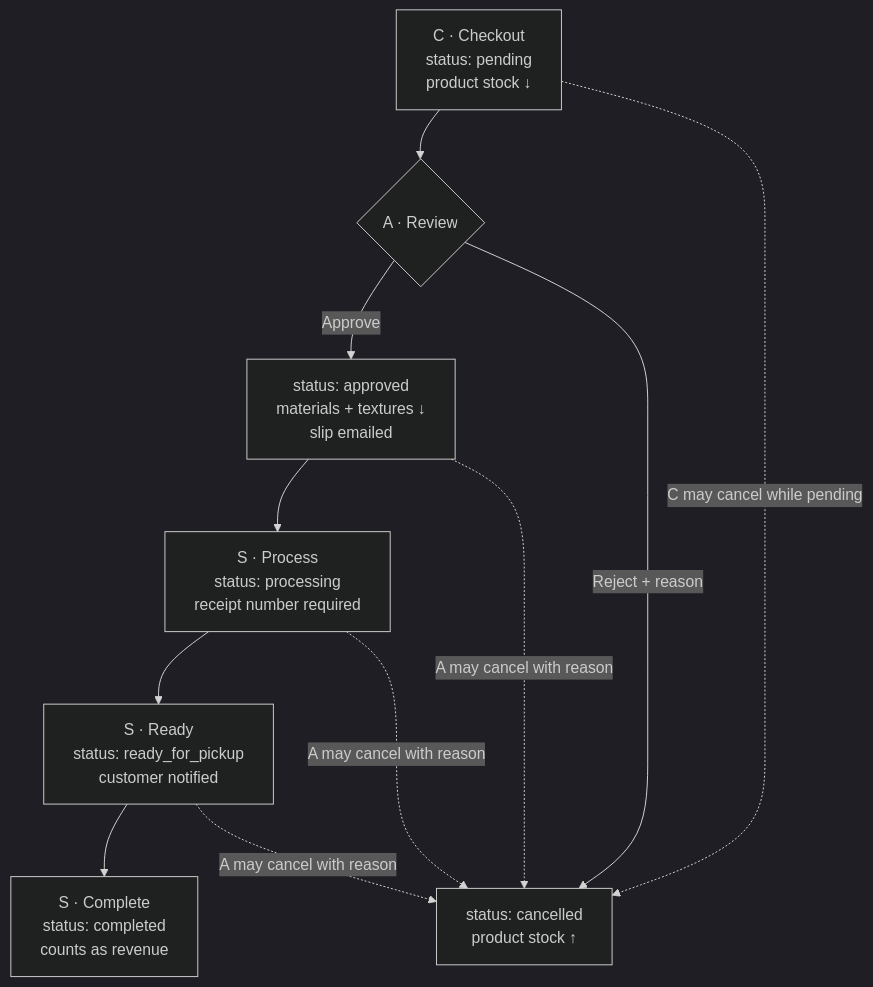
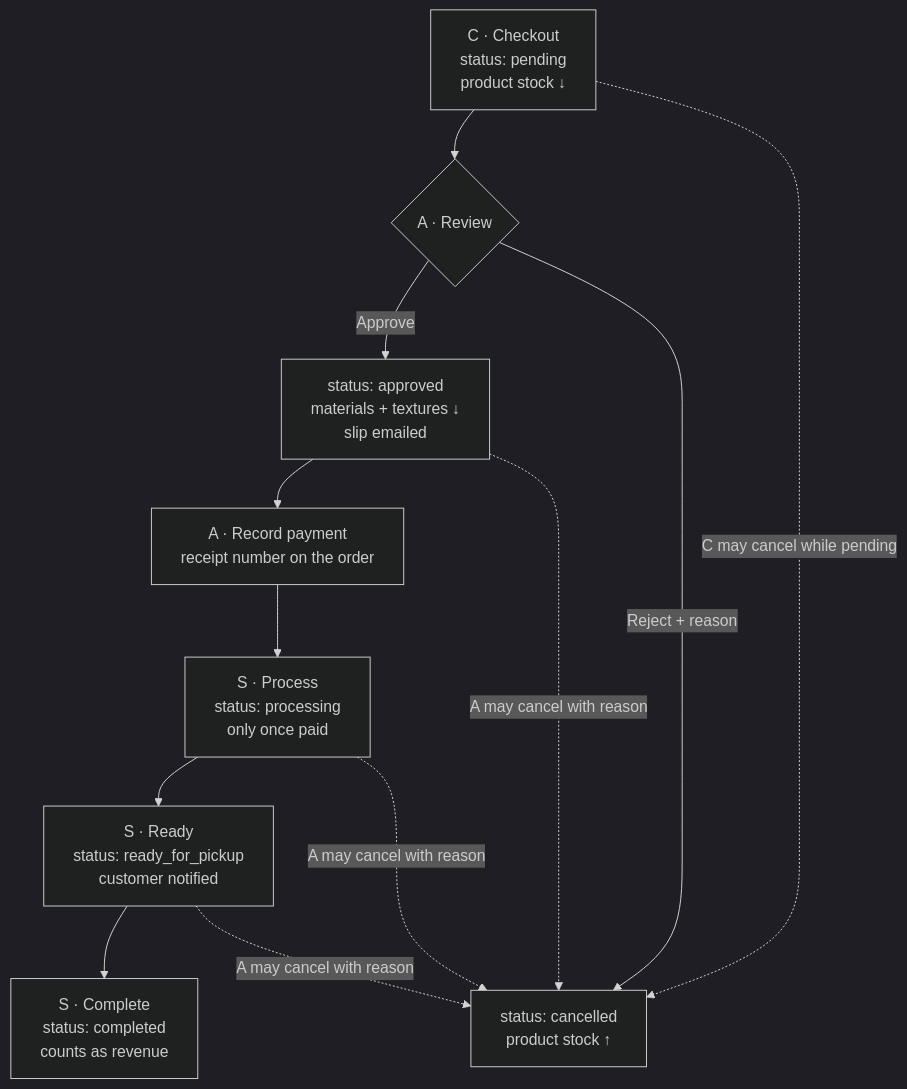
One commit to genuwin14/FabLab changed the third of 6 diagrams in backend/docs/UserGuide/SystemProcess.md. Above: the diagram before and after it, drawn with Mermaid (dark theme). The commit also changed other lines of this file and 21 other files, not shown here.

First line of the commit message:
feat(orders): the admin records the payment; staff produce only once it is paid

````diff
--- a/backend/docs/UserGuide/SystemProcess.md
+++ b/backend/docs/UserGuide/SystemProcess.md
@@ -337,13 +337,14 @@
 ```mermaid
 flowchart TD
     A["C · Checkout<br/>status: pending<br/>product stock ↓"] --> B{"A · Review"}
     B -- "Approve" --> C["status: approved<br/>materials + textures ↓<br/>slip emailed"]
     B -- "Reject + reason" --> X["status: cancelled<br/>product stock ↑"]
-    C --> D["S · Process<br/>status: processing<br/>receipt number required"]
+    C --> C2["A · Record payment<br/>receipt number on the order"]
+    C2 --> D["S · Process<br/>status: processing<br/>only once paid"]
     D --> E["S · Ready<br/>status: ready_for_pickup<br/>customer notified"]
     E --> F["S · Complete<br/>status: completed<br/>counts as revenue"]
     A -. "C may cancel while pending" .-> X
     C -. "A may cancel with reason" .-> X
     D -. "A may cancel with reason" .-> X
     E -. "A may cancel with reason" .-> X
 ```
````
